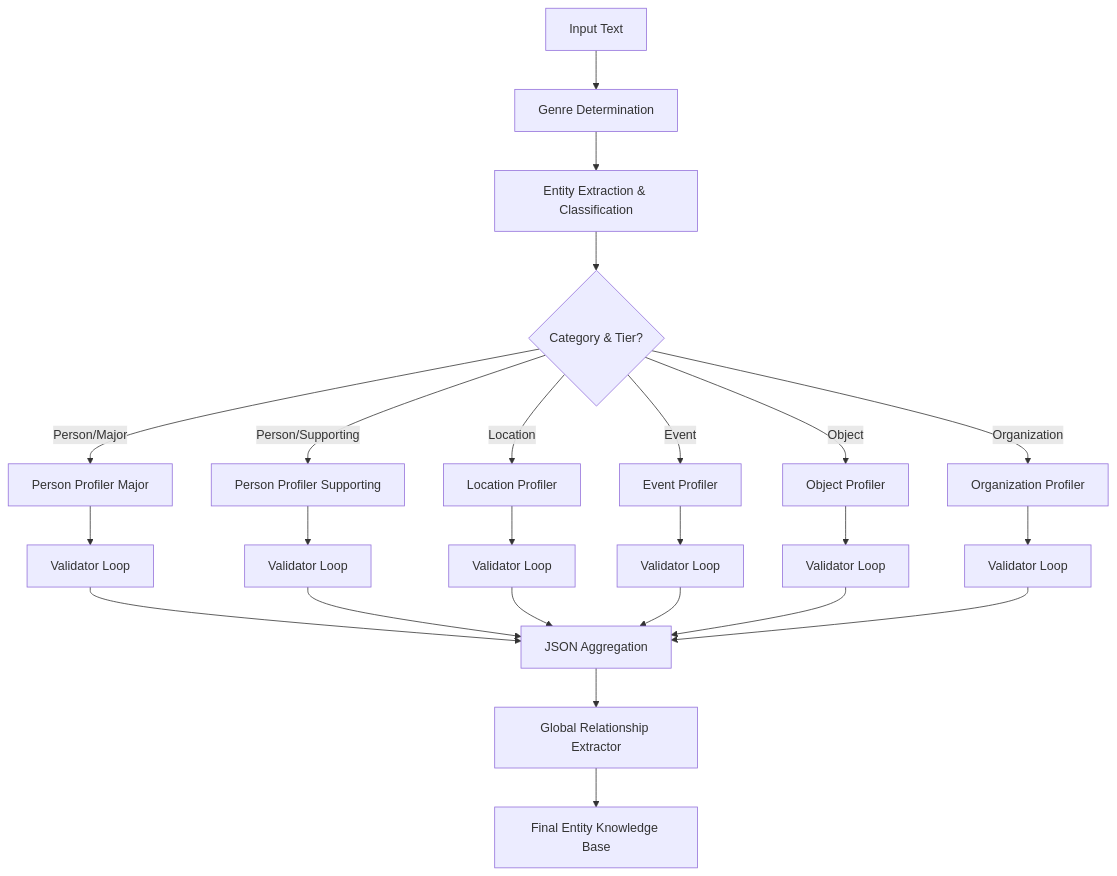
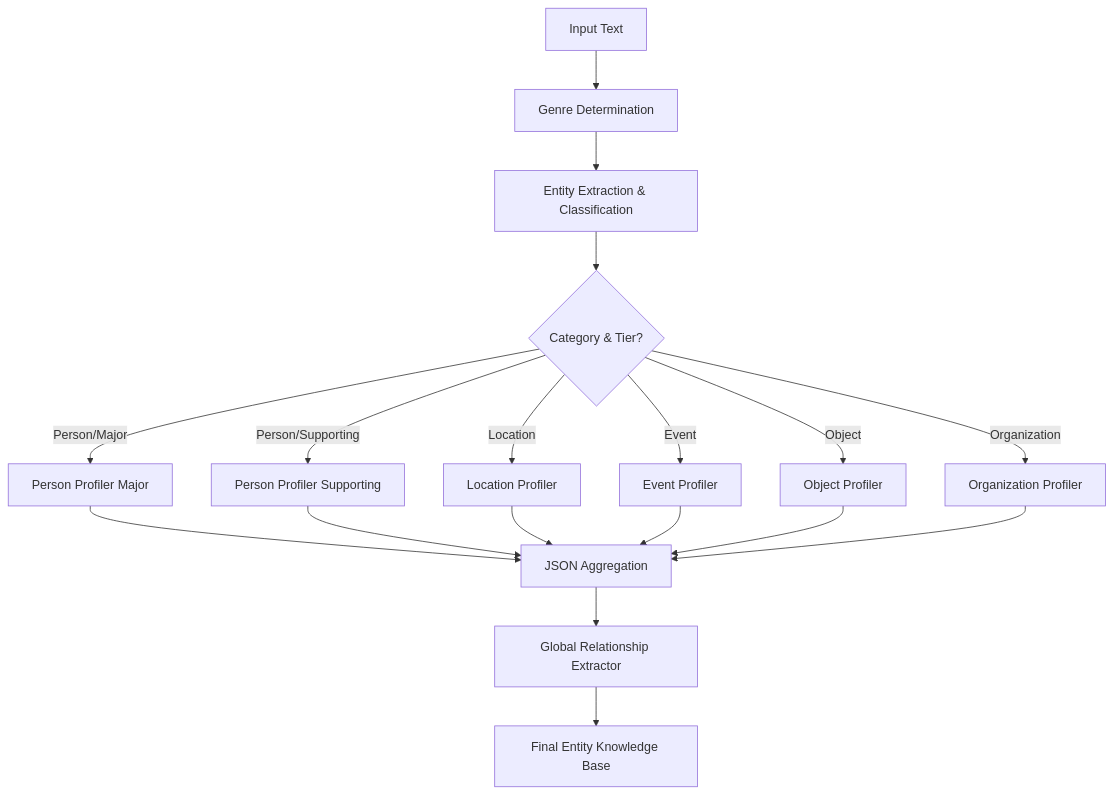
One commit to boundlesslightbringer/novelwriter changed the diagram in backend/lambda/entity_mining_plan.md. Above: the diagram before and after it, drawn with Mermaid. The commit also changed other lines of this file and 3 other files, not shown here.

````diff
--- a/backend/lambda/entity_mining_plan.md
+++ b/backend/lambda/entity_mining_plan.md
@@ -9,26 +9,20 @@
 ```mermaid
 graph TD
     A[Input Text] --> B[Genre Determination]
     B --> C[Entity Extraction & Classification]
     C --> D{Category & Tier?}
     D -->|Person/Major| F1[Person Profiler Major]
     D -->|Person/Supporting| F2[Person Profiler Supporting]
     D -->|Location| G[Location Profiler]
     D -->|Event| H[Event Profiler]
     D -->|Object| I[Object Profiler]
     D -->|Organization| M[Organization Profiler]
-    F1 --> V1[Validator Loop]
-    F2 --> V2[Validator Loop]
-    G --> V3[Validator Loop]
-    H --> V4[Validator Loop]
-    I --> V5[Validator Loop]
-    M --> V6[Validator Loop]
-    V1 --> J[JSON Aggregation]
-    V2 --> J
-    V3 --> J
-    V4 --> J
-    V5 --> J
-    V6 --> J
+    F1 --> J[JSON Aggregation]
+    F2 --> J
+    G --> J
+    H --> J
+    I --> J
+    M --> J
     J --> K[Global Relationship Extractor]
     K --> L[Final Entity Knowledge Base]
 ```
````
